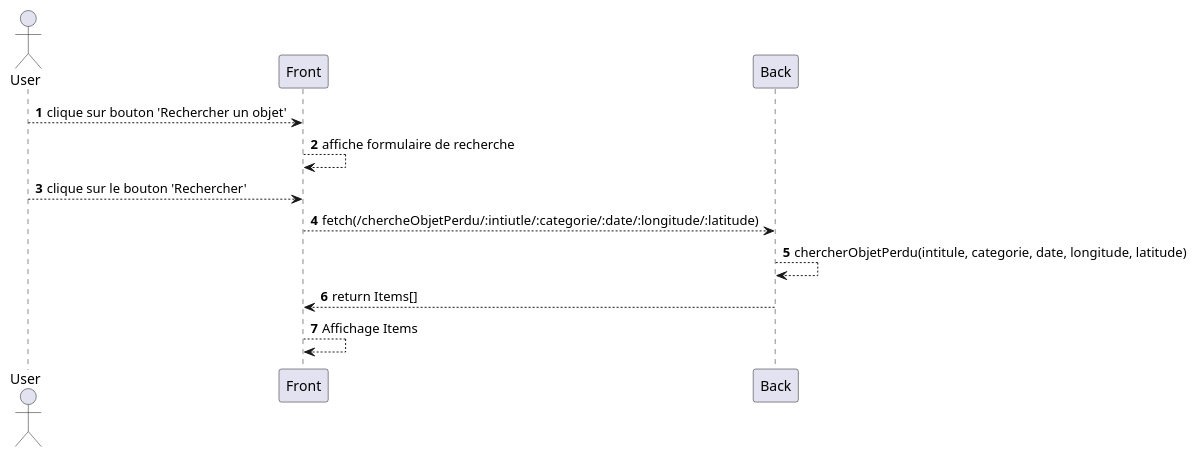
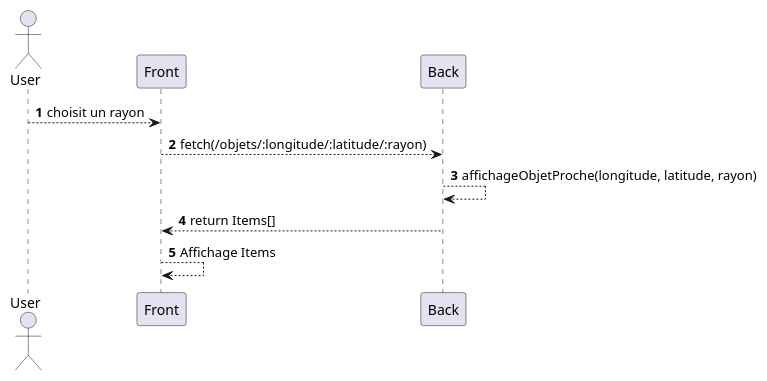
Before and after one commit to raphaelmeissonnier/Foundem_back_end: the diagram in cahier_des_specifications/diagrammes/séquences/diagramme_sequence.puml, drawn with PlantUML. The commit also changed 8 other files, not shown here.

```diff
--- a/cahier_des_specifications/diagrammes/séquences/diagramme_sequence.puml
+++ b/cahier_des_specifications/diagrammes/séquences/diagramme_sequence.puml
@@ -1,15 +1,13 @@
 @startuml
 'https://plantuml.com/sequence-diagram
 
 autonumber
 
 actor User
-User --> Front: clique sur bouton 'Rechercher un objet'
-Front --> Front: affiche formulaire de recherche
-User --> Front: clique sur le bouton 'Rechercher'
-Front --> Back: fetch(/chercheObjetPerdu/:intiutle/:categorie/:date/:longitude/:latitude)
-Back --> Back: chercherObjetPerdu(intitule, categorie, date, longitude, latitude)
+User --> Front: choisit un rayon
+Front --> Back: fetch(/objets/:longitude/:latitude/:rayon)
+Back --> Back: affichageObjetProche(longitude, latitude, rayon)
 Back --> Front: return Items[]
 Front --> Front: Affichage Items 
 
 @enduml
```
